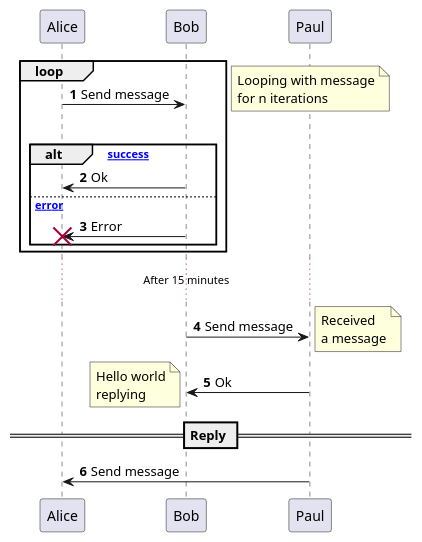
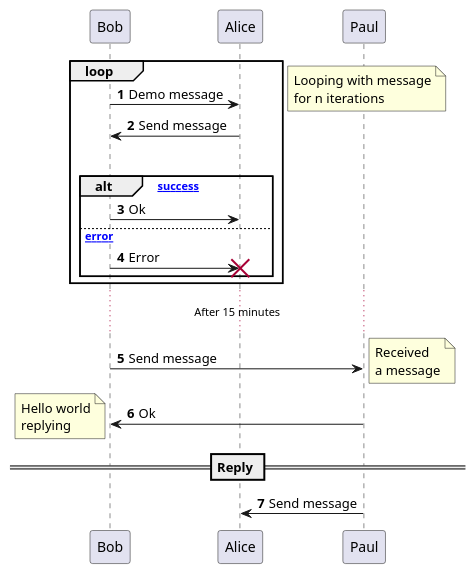
The diagram in src/sequence/example-sequence.puml (codersparks-old/wiki-plantuml-test), drawn with PlantUML before and after one commit.

```diff
--- a/src/sequence/example-sequence.puml
+++ b/src/sequence/example-sequence.puml
@@ -1,35 +1,36 @@
 @startuml
 autonumber
 
 
 loop
+  Bob -> Alice       : Demo message
   Alice -> Bob       : Send message
   |||
   alt [success]
     Alice <- Bob    : Ok
   else [error]
     Alice <- Bob    : Error
     destroy Alice
   end
 end
 note right
   Looping with message
   for n iterations
 end note
 
 ... After 15 minutes ...
 
 Bob -> Paul       : Send message
 note right
   Received
   a message
 end note
 Bob <- Paul       : Ok
 note left
   Hello world
   replying
 end note
 == Reply ==
 
 Paul -> Alice     : Send message
 @enduml
```
